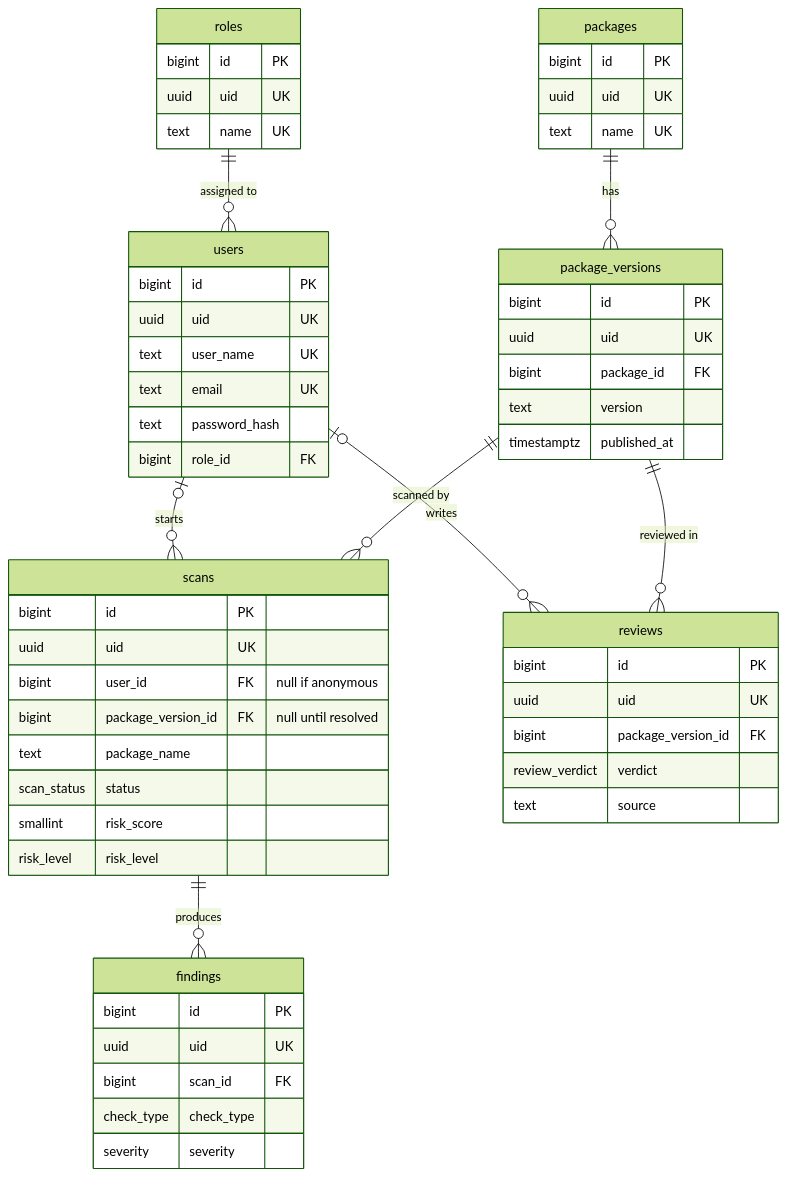
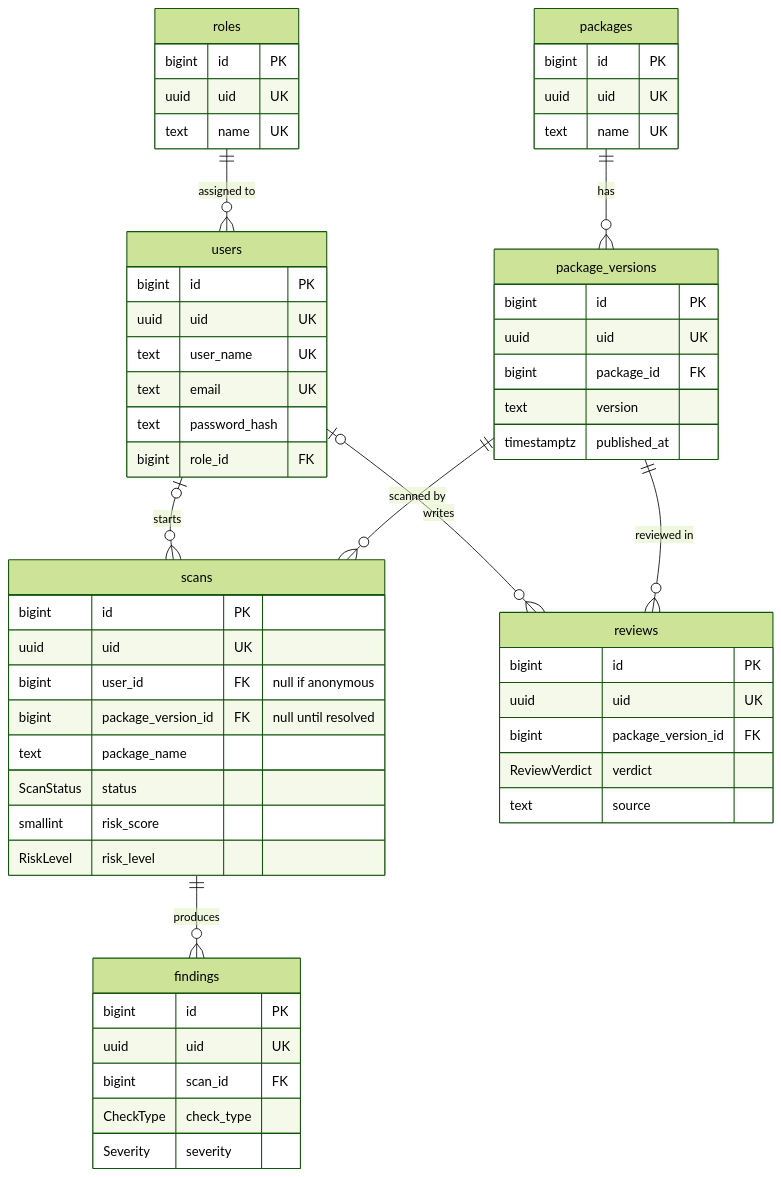
Before and after one commit to Apu-Emdad/npm-sentinel-api: the diagram in docs/schema.md, drawn with Mermaid (forest theme). The commit also changed other lines of this file and 14 other files, not shown here.

Commit message:
feat: add Prisma schema, migrations and PrismaService (closes #5)

````diff
--- a/docs/schema.md
+++ b/docs/schema.md
@@ -15,60 +15,60 @@
 ```mermaid
 erDiagram
     roles ||--o{ users : "assigned to"
     users |o--o{ scans : "starts"
     users |o--o{ reviews : "writes"
     packages ||--o{ package_versions : "has"
     package_versions ||--o{ scans : "scanned by"
     package_versions ||--o{ reviews : "reviewed in"
     scans ||--o{ findings : "produces"
 
     roles {
         bigint id PK
         uuid uid UK
         text name UK
     }
     users {
         bigint id PK
         uuid uid UK
         text user_name UK
         text email UK
         text password_hash
         bigint role_id FK
     }
     packages {
         bigint id PK
         uuid uid UK
         text name UK
     }
     package_versions {
         bigint id PK
         uuid uid UK
         bigint package_id FK
         text version
         timestamptz published_at
     }
     scans {
         bigint id PK
         uuid uid UK
         bigint user_id FK "null if anonymous"
         bigint package_version_id FK "null until resolved"
         text package_name
-        scan_status status
+        ScanStatus status
         smallint risk_score
-        risk_level risk_level
+        RiskLevel risk_level
     }
     findings {
         bigint id PK
         uuid uid UK
         bigint scan_id FK
-        check_type check_type
-        severity severity
+        CheckType check_type
+        Severity severity
     }
     reviews {
         bigint id PK
         uuid uid UK
         bigint package_version_id FK
-        review_verdict verdict
+        ReviewVerdict verdict
         text source
     }
 ```
````
